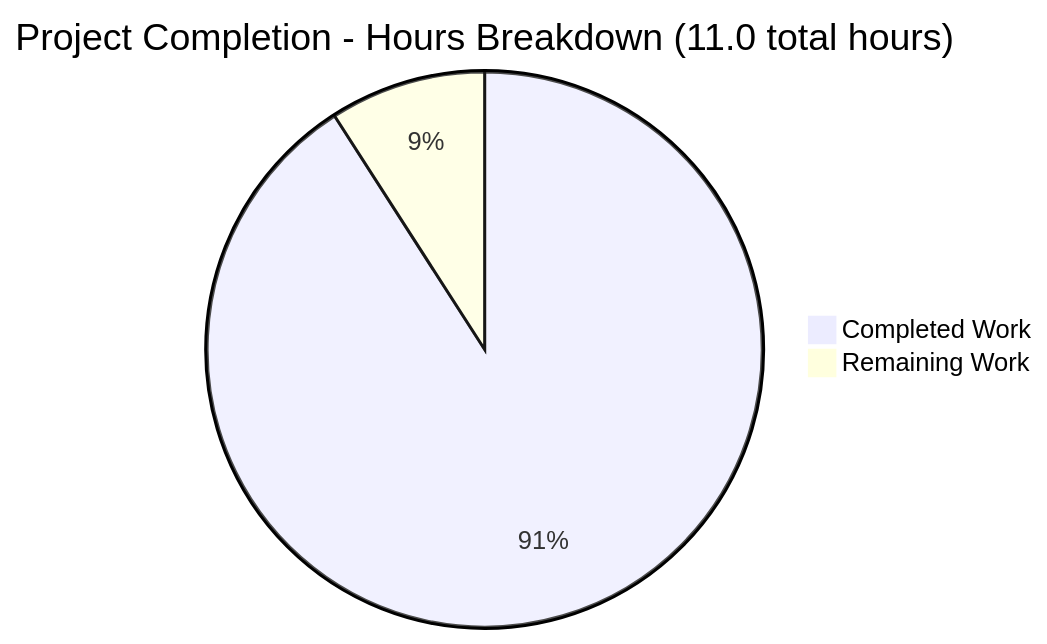
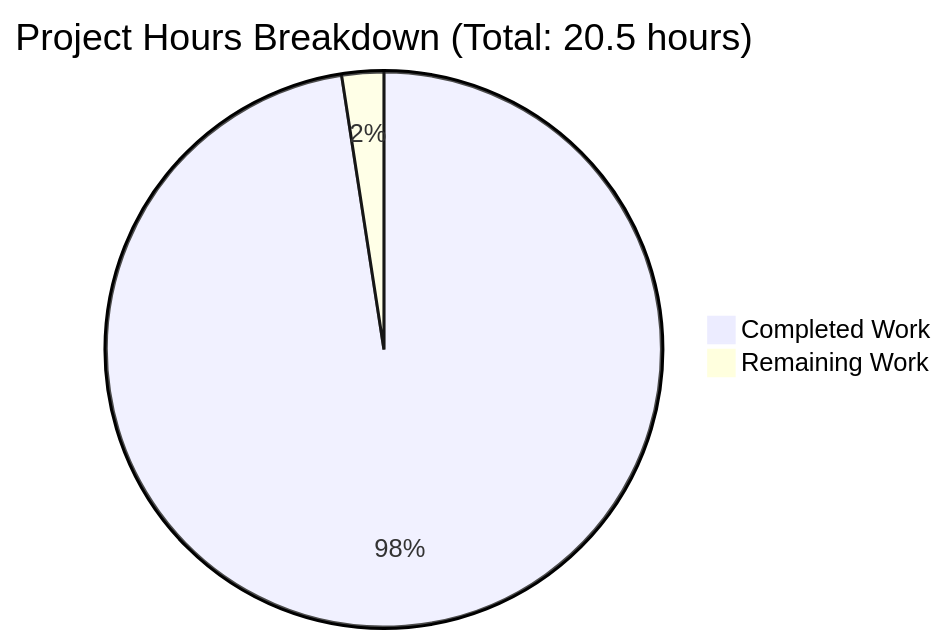
Before and after one commit to blitzytest02/Nov18_12: the first of 2 diagrams in blitzy/documentation/Project Guide.md, drawn with Mermaid. The commit also changed other lines of this file, not shown here.

Commit message:
Adding Blitzy Project Guide: Project Status and Human Tasks Remaining

````diff
--- a/blitzy/documentation/Project Guide.md
+++ b/blitzy/documentation/Project Guide.md
@@ -24,5 +62,5 @@
 ```mermaid
-pie title Project Completion - Hours Breakdown (11.0 total hours)
-    "Completed Work" : 10.0
-    "Remaining Work" : 1.0
+pie title Project Hours Breakdown (Total: 20.5 hours)
+    "Completed Work" : 20
+    "Remaining Work" : 0.5
 ```
````
